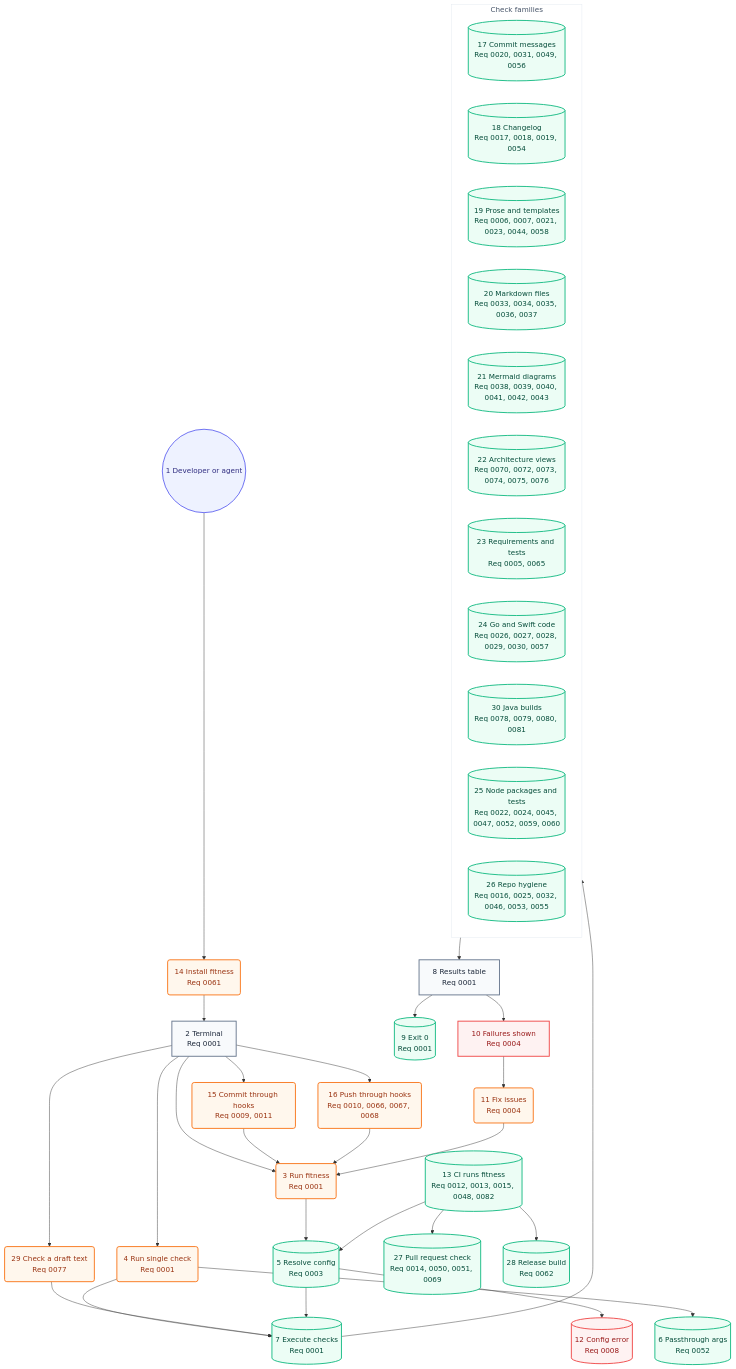
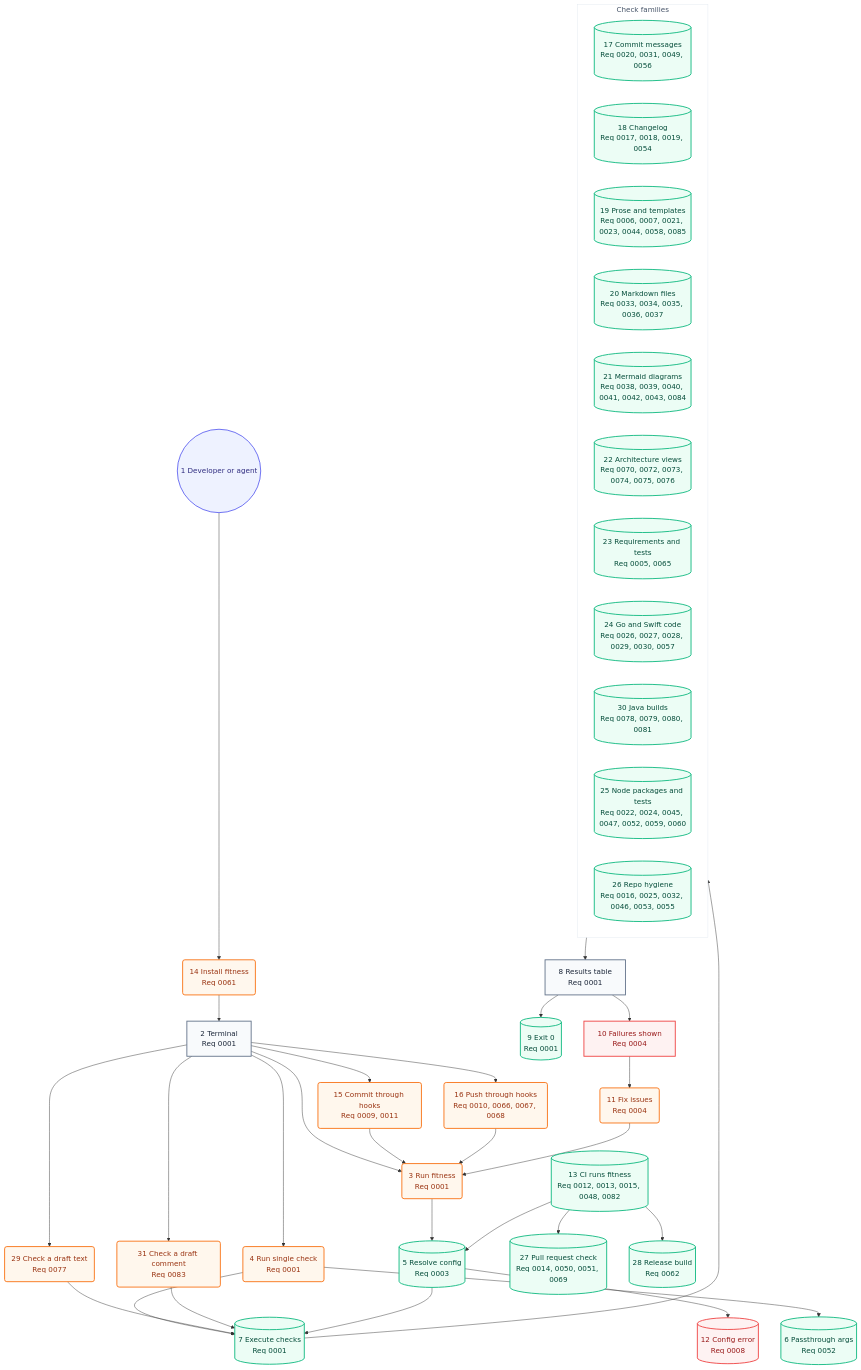
The second of 2 diagrams in docs/architecture/05-user-journey.md (may-journal/fitness-runner), drawn with Mermaid before and after one commit. The commit also changed other lines of this file and 39 other files, not shown here.

First line of the commit message:
feat(comment-check): judge issue and PR comments before and after posting (#481)

````diff
--- a/docs/architecture/05-user-journey.md
+++ b/docs/architecture/05-user-journey.md
@@ -40,70 +40,73 @@
 ```mermaid
 flowchart TB
     dev((1 Developer or agent)):::persona
     install(14 Install fitness<br/>Req 0061):::action
     terminal[2 Terminal<br/>Req 0001]:::screen
     runFull(3 Run fitness<br/>Req 0001):::action
     runSingle(4 Run single check<br/>Req 0001):::action
     runBlob(29 Check a draft text<br/>Req 0077):::action
+    runComment(31 Check a draft comment<br/>Req 0083):::action
     commitHook(15 Commit through hooks<br/>Req 0009, 0011):::action
     pushHook(16 Push through hooks<br/>Req 0010, 0066, 0067, 0068):::action
     resolveConfig[(5 Resolve config<br/>Req 0003)]:::system
     passArgs[(6 Passthrough args<br/>Req 0052)]:::system
     executeChecks[(7 Execute checks<br/>Req 0001)]:::system
 
     subgraph checks["Check families"]
         commitChecks[(17 Commit messages<br/>Req 0020, 0031, 0049, 0056)]:::system
         changelogChecks[(18 Changelog<br/>Req 0017, 0018, 0019, 0054)]:::system
-        proseChecks[(19 Prose and templates<br/>Req 0006, 0007, 0021, 0023, 0044, 0058)]:::system
+        proseChecks[(19 Prose and templates<br/>Req 0006, 0007, 0021, 0023, 0044, 0058, 0085)]:::system
         markdownChecks[(20 Markdown files<br/>Req 0033, 0034, 0035, 0036, 0037)]:::system
-        mermaidChecks[(21 Mermaid diagrams<br/>Req 0038, 0039, 0040, 0041, 0042, 0043)]:::system
+        mermaidChecks[(21 Mermaid diagrams<br/>Req 0038, 0039, 0040, 0041, 0042, 0043, 0084)]:::system
         architectureChecks[(22 Architecture views<br/>Req 0070, 0072, 0073, 0074, 0075, 0076)]:::system
         requirementChecks[(23 Requirements and tests<br/>Req 0005, 0065)]:::system
         goSwiftChecks[(24 Go and Swift code<br/>Req 0026, 0027, 0028, 0029, 0030, 0057)]:::system
         javaChecks[(30 Java builds<br/>Req 0078, 0079, 0080, 0081)]:::system
         nodeChecks[(25 Node packages and tests<br/>Req 0022, 0024, 0045, 0047, 0052, 0059, 0060)]:::system
         repoChecks[(26 Repo hygiene<br/>Req 0016, 0025, 0032, 0046, 0053, 0055)]:::system
     end
 
     resultsTable[8 Results table<br/>Req 0001]:::screen
     exitZero[(9 Exit 0<br/>Req 0001)]:::system
     failuresShown[10 Failures shown<br/>Req 0004]:::blocked
     fixIssues(11 Fix issues<br/>Req 0004):::action
     configError[(12 Config error<br/>Req 0008)]:::blocked
     ciRun[(13 CI runs fitness<br/>Req 0012, 0013, 0015, 0048, 0082)]:::system
     prCheck[(27 Pull request check<br/>Req 0014, 0050, 0051, 0069)]:::system
     release[(28 Release build<br/>Req 0062)]:::system
 
     dev --> install
     install --> terminal
     terminal --> runFull
     terminal --> runSingle
     terminal --> commitHook
     terminal --> pushHook
     terminal --> runBlob
+    terminal --> runComment
     commitHook --> runFull
     pushHook --> runFull
     runFull --> resolveConfig
     runSingle --> executeChecks
     runSingle --> passArgs
     runBlob --> executeChecks
+    runComment --> executeChecks
     resolveConfig --> executeChecks
     resolveConfig --> configError
     executeChecks --> checks
     checks --> resultsTable
     resultsTable --> exitZero
     resultsTable --> failuresShown
     failuresShown --> fixIssues
     fixIssues --> runFull
     ciRun --> resolveConfig
     ciRun --> prCheck
     ciRun --> release
 
     classDef persona fill:#eef2ff,stroke:#6366f1,color:#312e81,stroke-width:2px
     classDef screen fill:#f8fafc,stroke:#64748b,color:#1e293b,stroke-width:2px
     classDef action fill:#fff7ed,stroke:#f97316,color:#9a3412,stroke-width:2px
     classDef system fill:#ecfdf5,stroke:#10b981,color:#064e3b,stroke-width:2px
     classDef blocked fill:#fef2f2,stroke:#ef4444,color:#991b1b,stroke-width:2px
 
     style checks fill:#ffffff,stroke:#e2e8f0,color:#475569,stroke-width:1px
 ```
````
